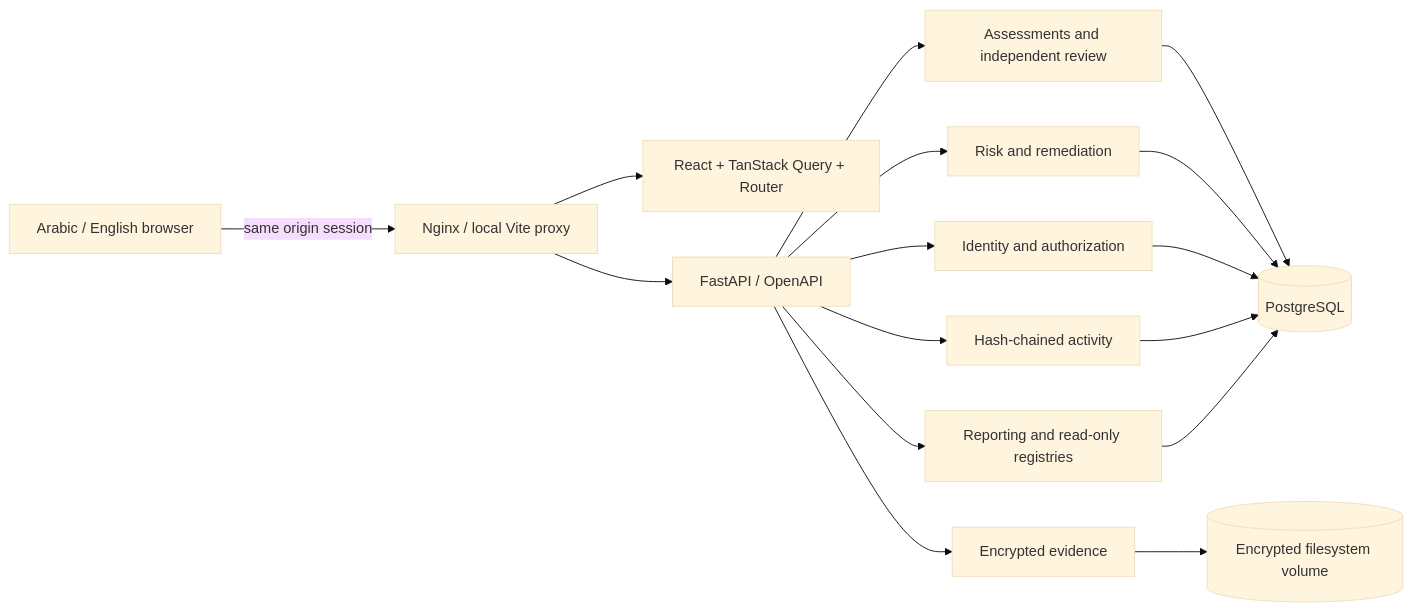
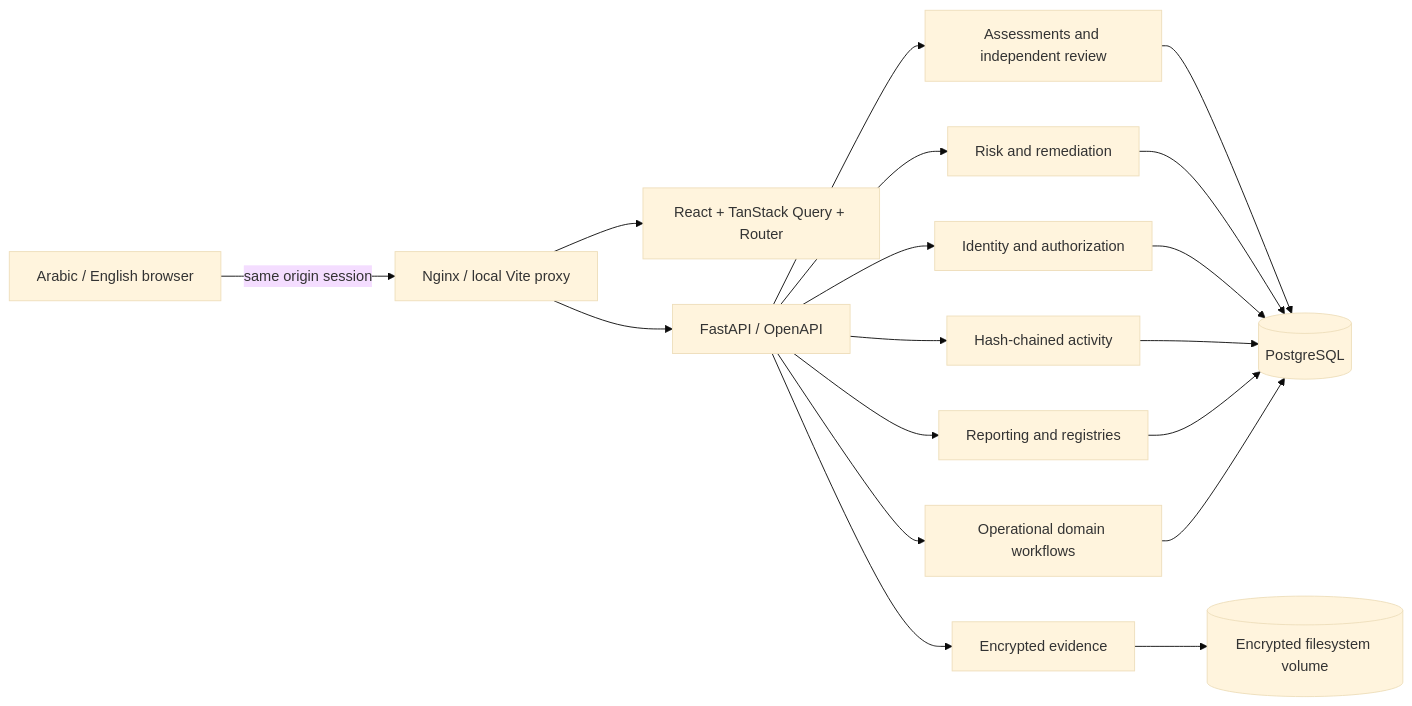
The first of 3 diagrams in docs/ARCHITECTURE.md (ish3-is/MIZAN-GRC), drawn with Mermaid (base theme) before and after one commit. The commit also changed other lines of this file and 65 other files, not shown here.

````diff
--- a/docs/ARCHITECTURE.md
+++ b/docs/ARCHITECTURE.md
@@ -17,18 +17,20 @@
 ```mermaid
 flowchart LR
   A[Arabic / English browser] -->|same origin session| N[Nginx / local Vite proxy]
   N --> R[React + TanStack Query + Router]
   N --> F[FastAPI / OpenAPI]
   F --> I[Identity and authorization]
   F --> C[Assessments and independent review]
   F --> M[Risk and remediation]
   F --> E[Encrypted evidence]
   F --> L[Hash-chained activity]
-  F --> P[Reporting and read-only registries]
+  F --> O[Operational domain workflows]
+  F --> P[Reporting and registries]
   C --> D[(PostgreSQL)]
   M --> D
   I --> D
   L --> D
   P --> D
+  O --> D
   E --> S[(Encrypted filesystem volume)]
 ```
````
